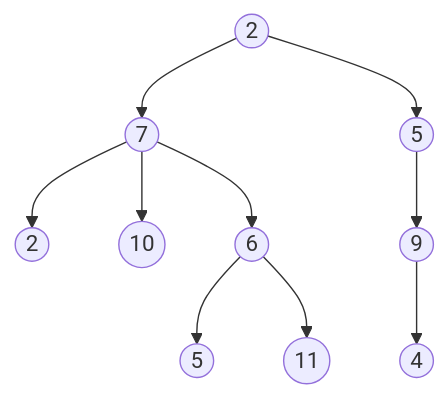
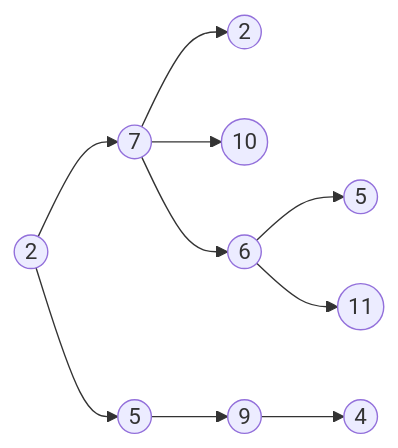
The diagram in docs/index.md (tsljgj/ML-note), drawn with Mermaid before and after one commit. The commit also changed 9 other files, not shown here.

````diff
--- a/docs/index.md
+++ b/docs/index.md
@@ -60,12 +60,12 @@
 ```mermaid
-graph TD;
+graph LR;
 id1((2 )) --> id2((7 ));
 id1((2 )) --> id3((5 ));
 id2((7 )) --> id4((2 ));
 id2((7 )) --> id5((10));
 id2((7 )) --> id6((6 ));
 id3((5 )) --> id7((9 ));
 id7((9 )) --> id8((4 ));
 id6((6 )) --> id9((5 ));
 id6((6 )) --> id10((11));
 ```
````
